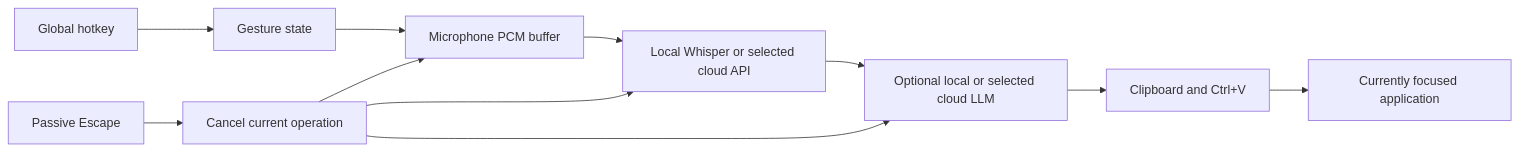
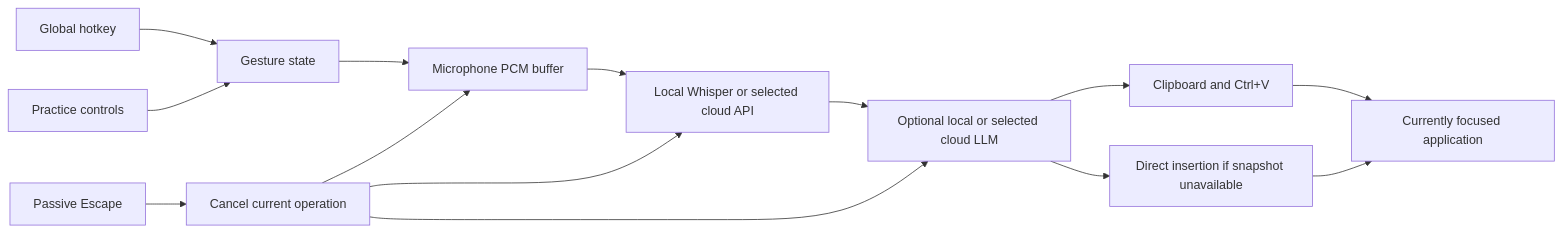
Before and after one commit to KrishRVH/speakeasy: the diagram in docs/architecture.md, drawn with Mermaid. The commit also changed other lines of this file and 36 other files, not shown here.

````diff
--- a/docs/architecture.md
+++ b/docs/architecture.md
@@ -5,13 +5,16 @@
 ```mermaid
 flowchart LR
     Key[Global hotkey] --> Gesture[Gesture state]
+    Practice[Practice controls] --> Gesture
     Gesture --> Mic[Microphone PCM buffer]
     Mic --> STT[Local Whisper or selected cloud API]
     STT --> Cleanup[Optional local or selected cloud LLM]
     Cleanup --> Paste[Clipboard and Ctrl+V]
     Paste --> Target[Currently focused application]
+    Cleanup --> Direct[Direct insertion if snapshot unavailable]
+    Direct --> Target
     Esc[Passive Escape] --> Cancel[Cancel current operation]
     Cancel --> Mic
     Cancel --> STT
     Cancel --> Cleanup
 ```
````
